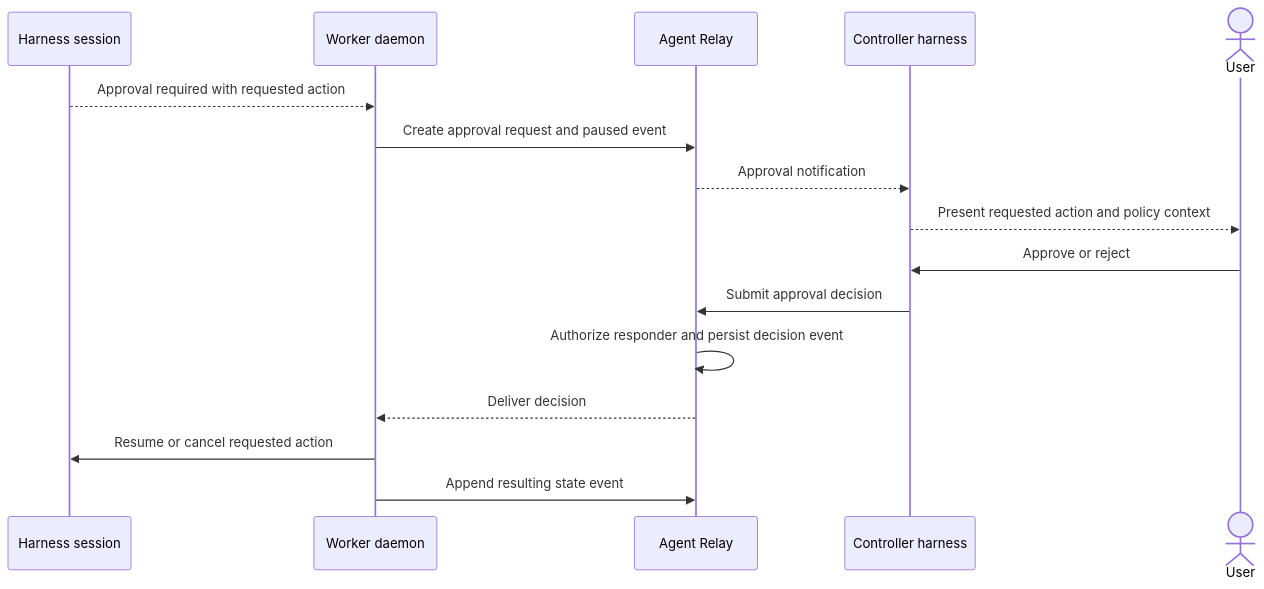
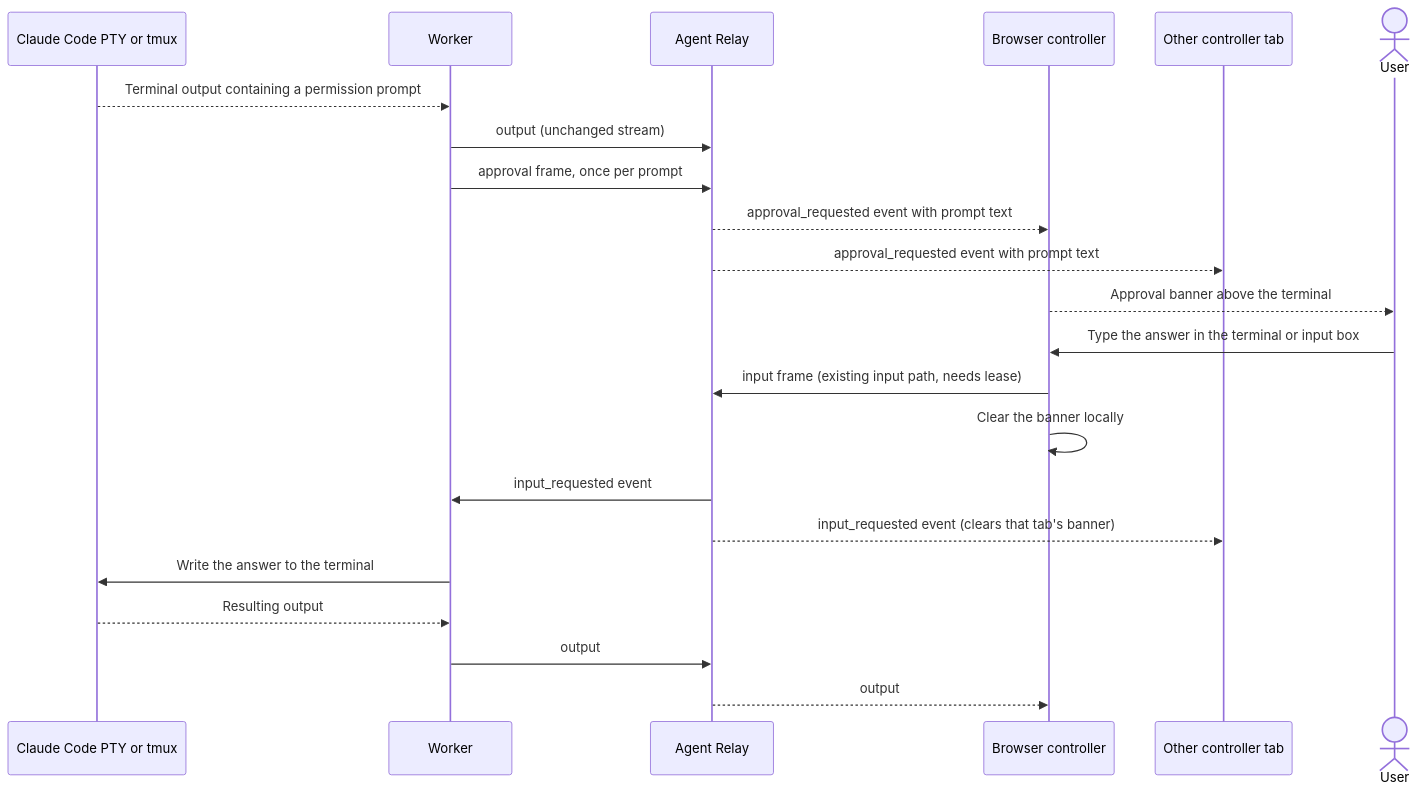
One commit to connectwithprakash/agent-relay changed the fourth of 6 diagrams in docs/cross-harness-control-user-flows.md. Above: the diagram before and after it, drawn with Mermaid. The commit also changed other lines of this file and 6 other files, not shown here.

First line of the commit message:
feat(frontend): harden approval banner, handle session adoption and document control (#29)

````diff
--- a/docs/cross-harness-control-user-flows.md
+++ b/docs/cross-harness-control-user-flows.md
@@ -147,19 +147,25 @@
 ```mermaid
 sequenceDiagram
-    participant H as Harness session
-    participant W as Worker daemon
+    participant H as Claude Code PTY or tmux
+    participant W as Worker
     participant R as Agent Relay
-    participant C as Controller harness
+    participant B as Browser controller
+    participant B2 as Other controller tab
     actor User
 
-    H-->>W: Approval required with requested action
-    W->>R: Create approval request and paused event
-    R-->>C: Approval notification
-    C-->>User: Present requested action and policy context
-    User->>C: Approve or reject
-    C->>R: Submit approval decision
-    R->>R: Authorize responder and persist decision event
-    R-->>W: Deliver decision
-    W->>H: Resume or cancel requested action
-    W->>R: Append resulting state event
+    H-->>W: Terminal output containing a permission prompt
+    W->>R: output (unchanged stream)
+    W->>R: approval frame, once per prompt
+    R-->>B: approval_requested event with prompt text
+    R-->>B2: approval_requested event with prompt text
+    B-->>User: Approval banner above the terminal
+    User->>B: Type the answer in the terminal or input box
+    B->>R: input frame (existing input path, needs lease)
+    B->>B: Clear the banner locally
+    R->>W: input_requested event
+    R-->>B2: input_requested event (clears that tab's banner)
+    W->>H: Write the answer to the terminal
+    H-->>W: Resulting output
+    W->>R: output
+    R-->>B: output
 ```
````
